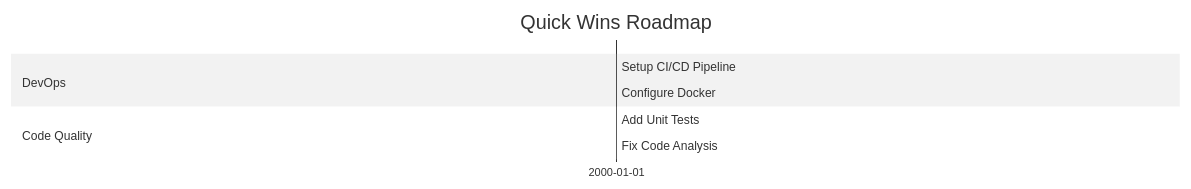
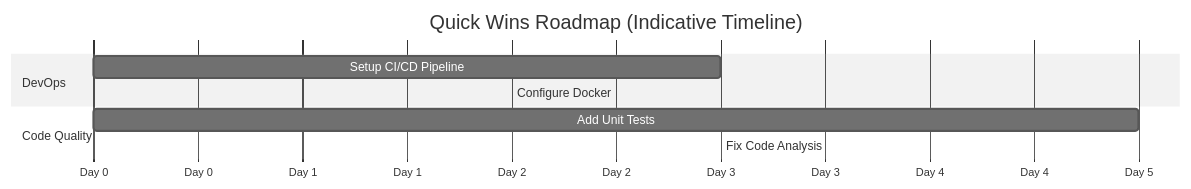
Before and after one commit to davidcslau/dotnet-modernization-analyzer: the first of 2 diagrams in POWER.md, drawn with Mermaid (neutral theme). The commit also changed other lines of this file and 1 other file, not shown here.

````diff
--- a/POWER.md
+++ b/POWER.md
@@ -658,10 +672,12 @@
 ```mermaid
 gantt
-    title Quick Wins Roadmap
+    title Quick Wins Roadmap (Indicative Timeline)
+    dateFormat X
+    axisFormat Day %s
     section DevOps
-    Setup CI/CD Pipeline :a1, 0, 1
-    Configure Docker :a2, after a1, 1
+    Setup CI/CD Pipeline :a1, 0, 3
+    Configure Docker :a2, after a1, 2
     section Code Quality
-    Add Unit Tests :b1, 0, 1
-    Fix Code Analysis :b2, after b1, 1
+    Add Unit Tests :b1, 0, 5
+    Fix Code Analysis :b2, after b1, 3
 ```
````
